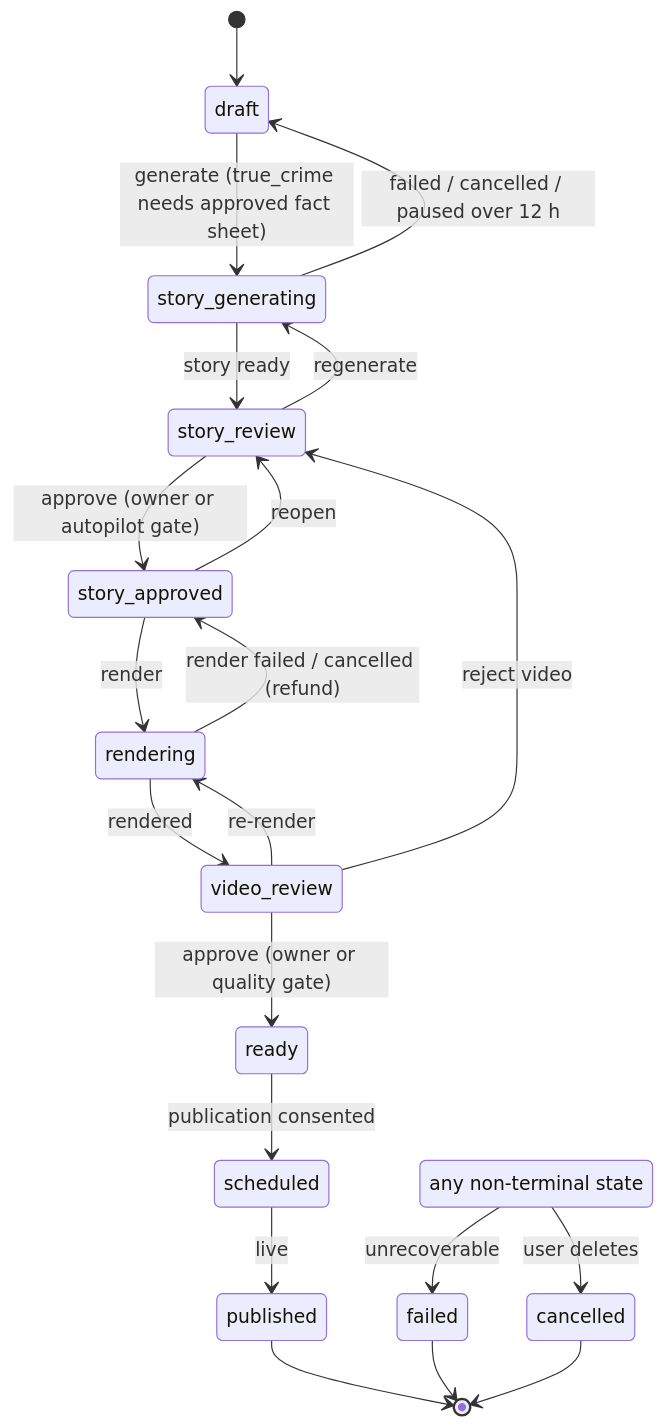
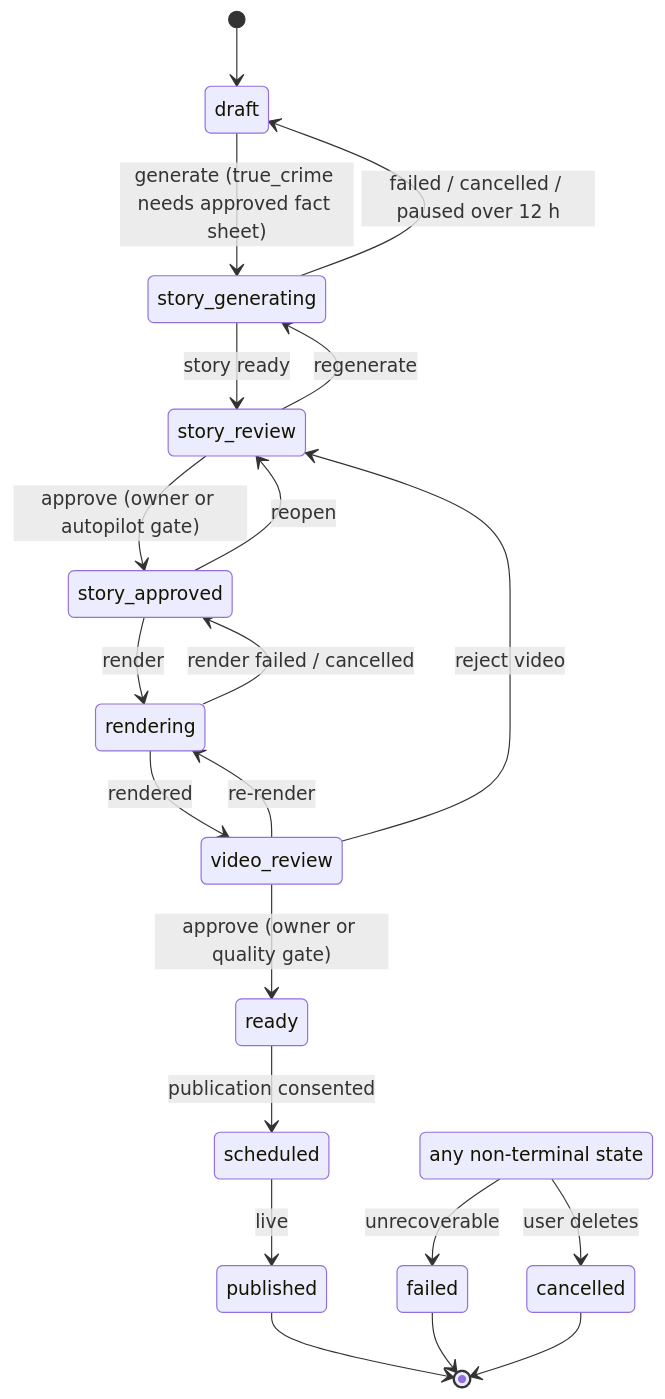
Before and after one commit to anglesen1120/NightTalesStudio: the ninth of 17 diagrams in DIAGRAMS.md, drawn with Mermaid. The commit also changed other lines of this file and 335 other files, not shown here.

````diff
--- a/DIAGRAMS.md
+++ b/DIAGRAMS.md
@@ -244,24 +242,24 @@
 ```mermaid
 stateDiagram-v2
   [*] --> draft
   draft --> story_generating: generate (true_crime needs approved fact sheet)
   story_generating --> story_review: story ready
   story_generating --> draft: failed / cancelled / paused over 12 h
   story_review --> story_generating: regenerate
   story_review --> story_approved: approve (owner or autopilot gate)
   story_approved --> story_review: reopen
   story_approved --> rendering: render
-  rendering --> story_approved: render failed / cancelled (refund)
+  rendering --> story_approved: render failed / cancelled
   rendering --> video_review: rendered
   video_review --> rendering: re-render
   video_review --> story_review: reject video
   video_review --> ready: approve (owner or quality gate)
   ready --> scheduled: publication consented
   scheduled --> published: live
   published --> [*]
   state "any non-terminal state" as ANY
   ANY --> failed: unrecoverable
   ANY --> cancelled: user deletes
   failed --> [*]
   cancelled --> [*]
 ```
````
